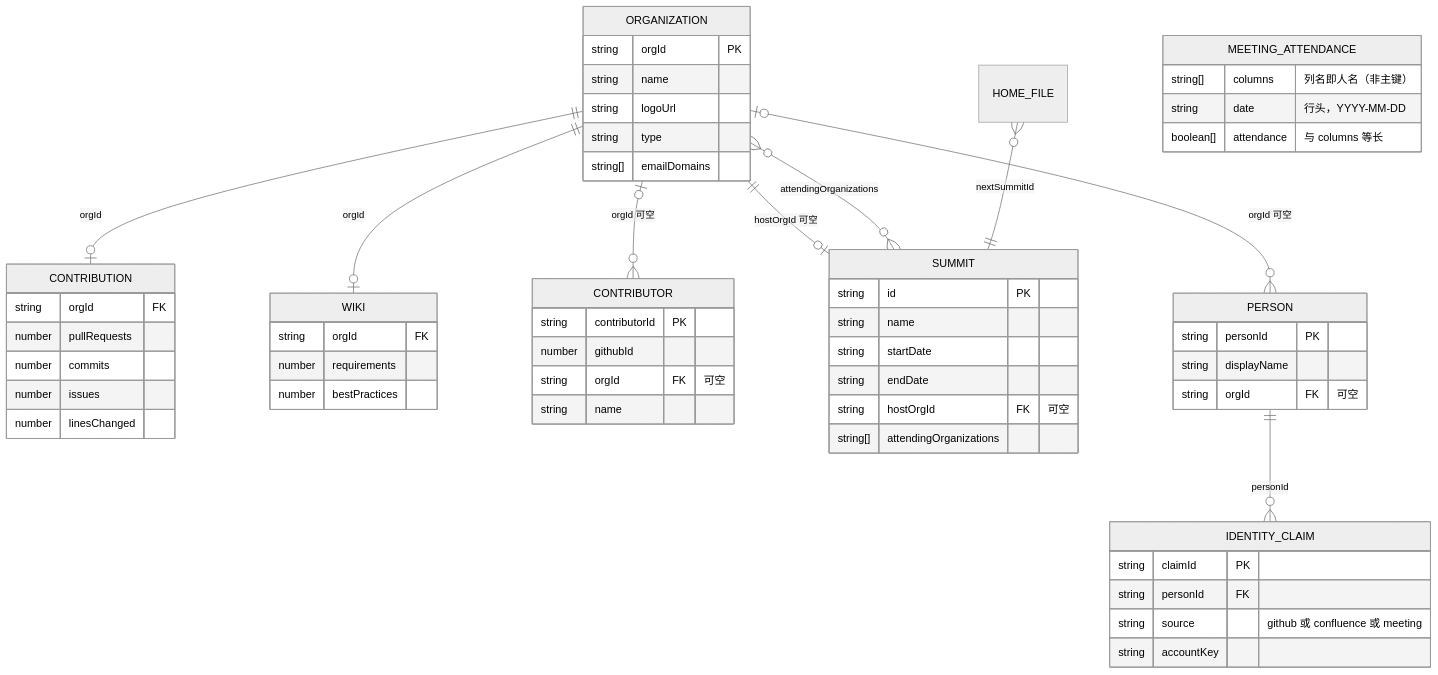
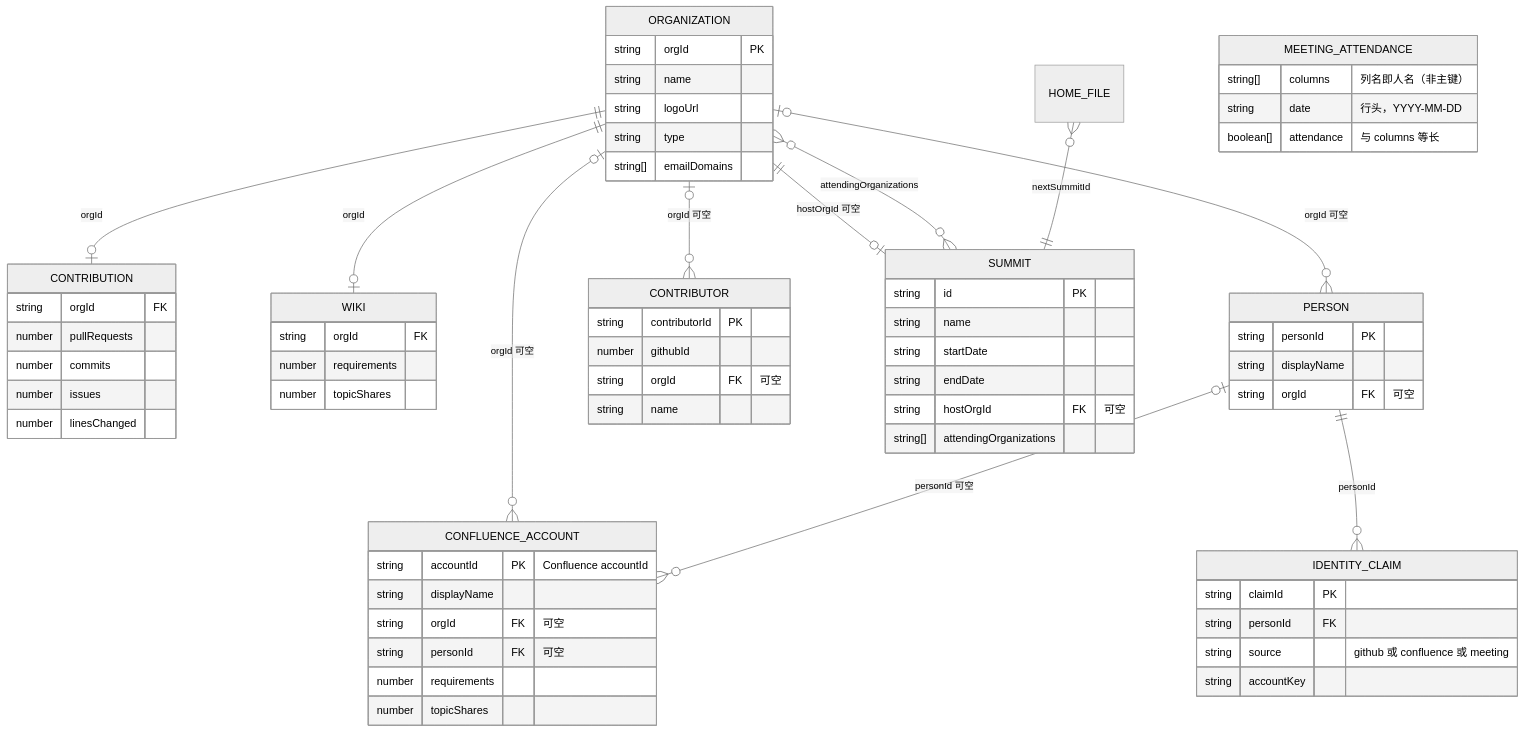
The diagram in docs/04-data-and-api-contract.md (huang2001junjie-rgb/openan-operation-insights), drawn with Mermaid (neutral theme) before and after one commit. The commit also changed other lines of this file and 88 other files, not shown here.

````diff
--- a/docs/04-data-and-api-contract.md
+++ b/docs/04-data-and-api-contract.md
@@ -44,61 +47,71 @@
 ```mermaid
 erDiagram
   ORGANIZATION ||--o| CONTRIBUTION : "orgId"
   ORGANIZATION ||--o| WIKI : "orgId"
+  ORGANIZATION |o--o{ CONFLUENCE_ACCOUNT : "orgId 可空"
+  PERSON |o--o{ CONFLUENCE_ACCOUNT : "personId 可空"
   ORGANIZATION |o--o{ CONTRIBUTOR : "orgId 可空"
   ORGANIZATION ||--o| SUMMIT : "hostOrgId 可空"
   ORGANIZATION }o--o{ SUMMIT : "attendingOrganizations"
   HOME_FILE }o--|| SUMMIT : "nextSummitId"
   ORGANIZATION |o--o{ PERSON : "orgId 可空"
   PERSON ||--o{ IDENTITY_CLAIM : "personId"
 
   ORGANIZATION {
     string orgId PK
     string name
     string logoUrl
     string type
     string[] emailDomains
   }
   CONTRIBUTION {
     string orgId FK
     number pullRequests
     number commits
     number issues
     number linesChanged
   }
   WIKI {
     string orgId FK
     number requirements
-    number bestPractices
+    number topicShares
+  }
+  CONFLUENCE_ACCOUNT {
+    string accountId PK "Confluence accountId"
+    string displayName
+    string orgId FK "可空"
+    string personId FK "可空"
+    number requirements
+    number topicShares
   }
   CONTRIBUTOR {
     string contributorId PK
     number githubId
     string orgId FK "可空"
     string name
   }
   SUMMIT {
     string id PK
     string name
     string startDate
     string endDate
     string hostOrgId FK "可空"
     string[] attendingOrganizations
   }
   MEETING_ATTENDANCE {
     string[] columns "列名即人名（非主键）"
     string date "行头，YYYY-MM-DD"
     boolean[] attendance "与 columns 等长"
   }
   PERSON {
     string personId PK
     string displayName
     string orgId FK "可空"
   }
   IDENTITY_CLAIM {
     string claimId PK
     string personId FK
     string source "github 或 confluence 或 meeting"
     string accountKey
   }
 ```
````
